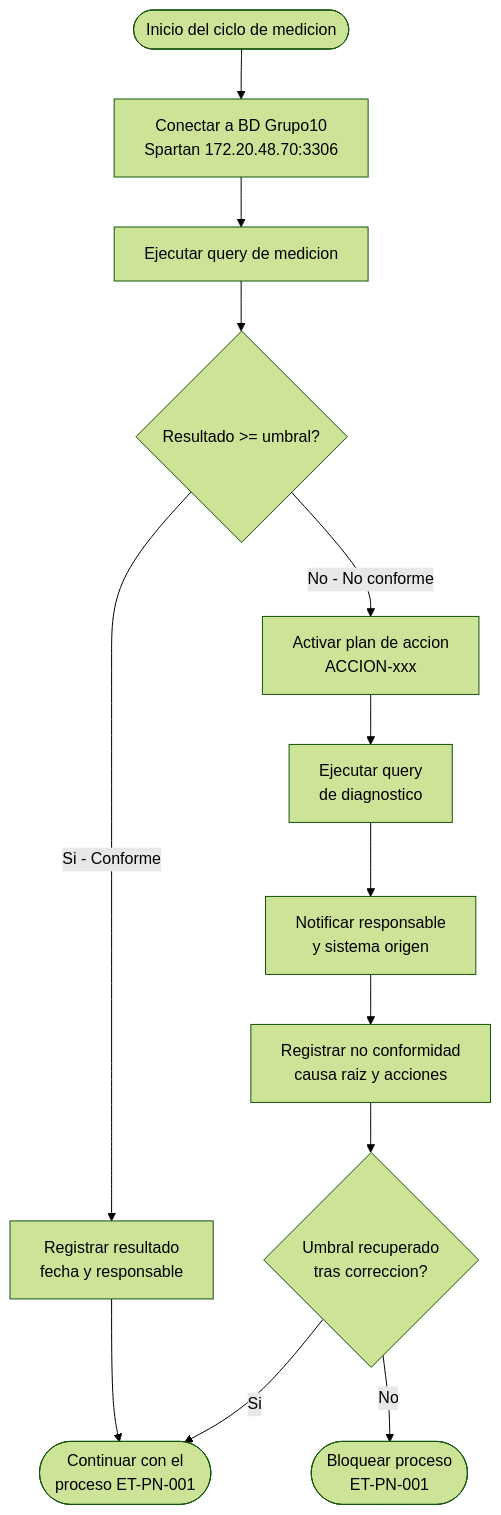
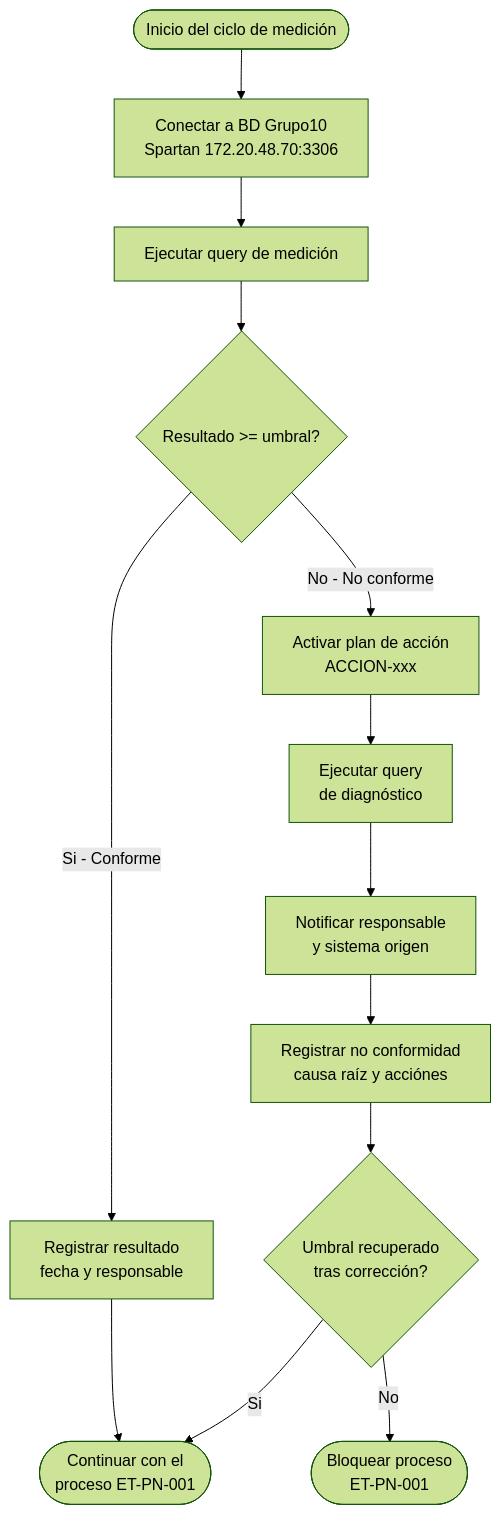
One commit to RobertOrt1/GyCdD_2025-26 changed the diagram in Proyectos/Proyecto5/Procedimientos/procedimientos_medicion.md. Above: the diagram before and after it, drawn with Mermaid (forest theme). The commit also changed other lines of this file and 7 other files, not shown here.

````diff
--- a/Proyectos/Proyecto5/Procedimientos/procedimientos_medicion.md
+++ b/Proyectos/Proyecto5/Procedimientos/procedimientos_medicion.md
@@ -28,17 +28,17 @@
 ```mermaid
 flowchart TD
-    A([Inicio del ciclo de medicion]) --> B[Conectar a BD Grupo10\nSpartan 172.20.48.70:3306]
-    B --> C[Ejecutar query de medicion]
+    A([Inicio del ciclo de medición]) --> B[Conectar a BD Grupo10\nSpartan 172.20.48.70:3306]
+    B --> C[Ejecutar query de medición]
     C --> D{Resultado >= umbral?}
 
     D -->|Si - Conforme| E[Registrar resultado\nfecha y responsable]
     E --> F([Continuar con el\nproceso ET-PN-001])
 
-    D -->|No - No conforme| G[Activar plan de accion\nACCION-xxx]
-    G --> H[Ejecutar query\nde diagnostico]
+    D -->|No - No conforme| G[Activar plan de acción\nACCION-xxx]
+    G --> H[Ejecutar query\nde diagnóstico]
     H --> I[Notificar responsable\ny sistema origen]
-    I --> J[Registrar no conformidad\ncausa raiz y acciones]
-    J --> K{Umbral recuperado\ntras correccion?}
+    I --> J[Registrar no conformidad\ncausa raíz y acciónes]
+    J --> K{Umbral recuperado\ntras corrección?}
     K -->|Si| F
     K -->|No| L([Bloquear proceso\nET-PN-001])
 ```
````
